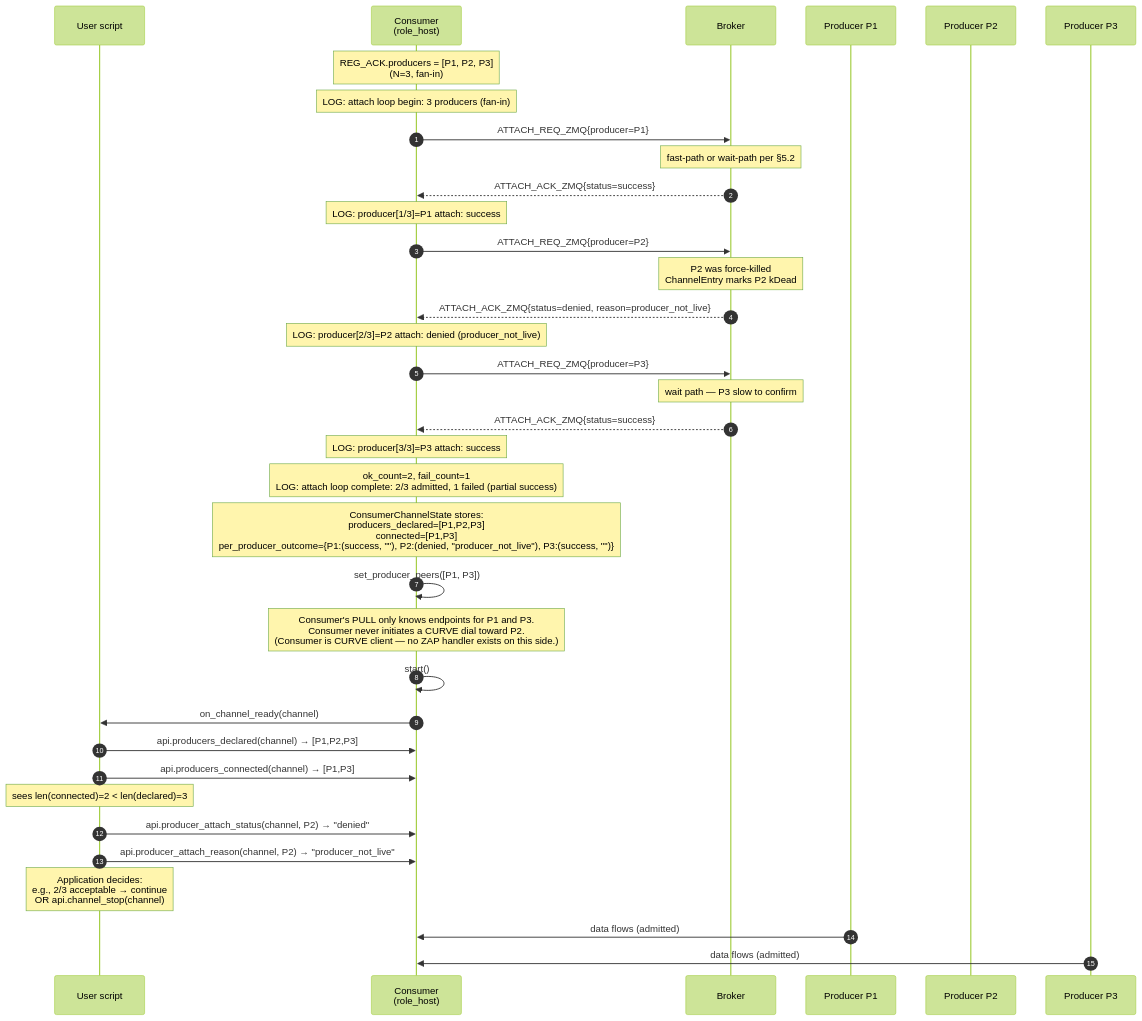
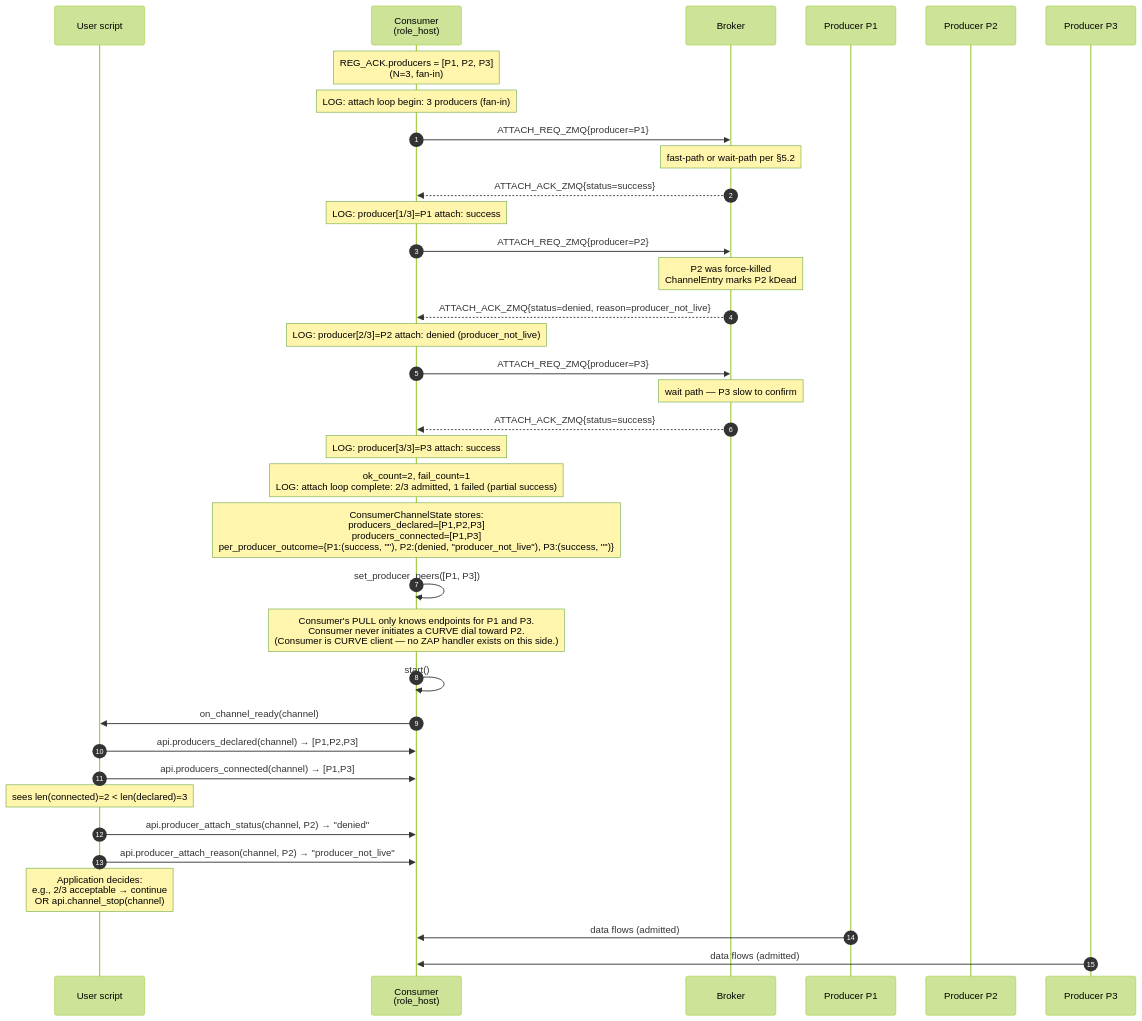
One commit to Qing-LAB/pylabhub changed the third of 3 diagrams in docs/tech_draft/DRAFT_HEP-0036_zmq-pre-confirm_2026-06-30.md. Above: the diagram before and after it, drawn with Mermaid (forest theme). The commit also changed other lines of this file, not shown here.

````diff
--- a/docs/tech_draft/DRAFT_HEP-0036_zmq-pre-confirm_2026-06-30.md
+++ b/docs/tech_draft/DRAFT_HEP-0036_zmq-pre-confirm_2026-06-30.md
@@ -803,45 +824,45 @@
 ```mermaid
 sequenceDiagram
     autonumber
     participant Script as User script
     participant C as Consumer<br/>(role_host)
     participant B as Broker
     participant P1 as Producer P1
     participant P2 as Producer P2
     participant P3 as Producer P3
 
     Note over C: REG_ACK.producers = [P1, P2, P3]<br/>(N=3, fan-in)
     Note over C: LOG: attach loop begin: 3 producers (fan-in)
 
     C->>B: ATTACH_REQ_ZMQ{producer=P1}
     Note over B: fast-path or wait-path per §5.2
     B-->>C: ATTACH_ACK_ZMQ{status=success}
     Note over C: LOG: producer[1/3]=P1 attach: success
 
     C->>B: ATTACH_REQ_ZMQ{producer=P2}
     Note over B: P2 was force-killed<br/>ChannelEntry marks P2 kDead
     B-->>C: ATTACH_ACK_ZMQ{status=denied, reason=producer_not_live}
     Note over C: LOG: producer[2/3]=P2 attach: denied (producer_not_live)
 
     C->>B: ATTACH_REQ_ZMQ{producer=P3}
     Note over B: wait path — P3 slow to confirm
     B-->>C: ATTACH_ACK_ZMQ{status=success}
     Note over C: LOG: producer[3/3]=P3 attach: success
 
     Note over C: ok_count=2, fail_count=1<br/>LOG: attach loop complete: 2/3 admitted, 1 failed (partial success)
-    Note over C: ConsumerChannelState stores:<br/>producers_declared=[P1,P2,P3]<br/>connected=[P1,P3]<br/>per_producer_outcome={P1:(success, ""), P2:(denied, "producer_not_live"), P3:(success, "")}
+    Note over C: ConsumerChannelState stores:<br/>producers_declared=[P1,P2,P3]<br/>producers_connected=[P1,P3]<br/>per_producer_outcome={P1:(success, ""), P2:(denied, "producer_not_live"), P3:(success, "")}
 
     C->>C: set_producer_peers([P1, P3])
     Note over C: Consumer's PULL only knows endpoints for P1 and P3.<br/>Consumer never initiates a CURVE dial toward P2.<br/>(Consumer is CURVE client — no ZAP handler exists on this side.)
     C->>C: start()
     C->>Script: on_channel_ready(channel)
     Script->>C: api.producers_declared(channel) → [P1,P2,P3]
     Script->>C: api.producers_connected(channel) → [P1,P3]
     Note over Script: sees len(connected)=2 < len(declared)=3
     Script->>C: api.producer_attach_status(channel, P2) → "denied"
     Script->>C: api.producer_attach_reason(channel, P2) → "producer_not_live"
     Note over Script: Application decides:<br/>e.g., 2/3 acceptable → continue<br/>OR api.channel_stop(channel)
 
     P1->>C: data flows (admitted)
     P3->>C: data flows (admitted)
 ```
````
